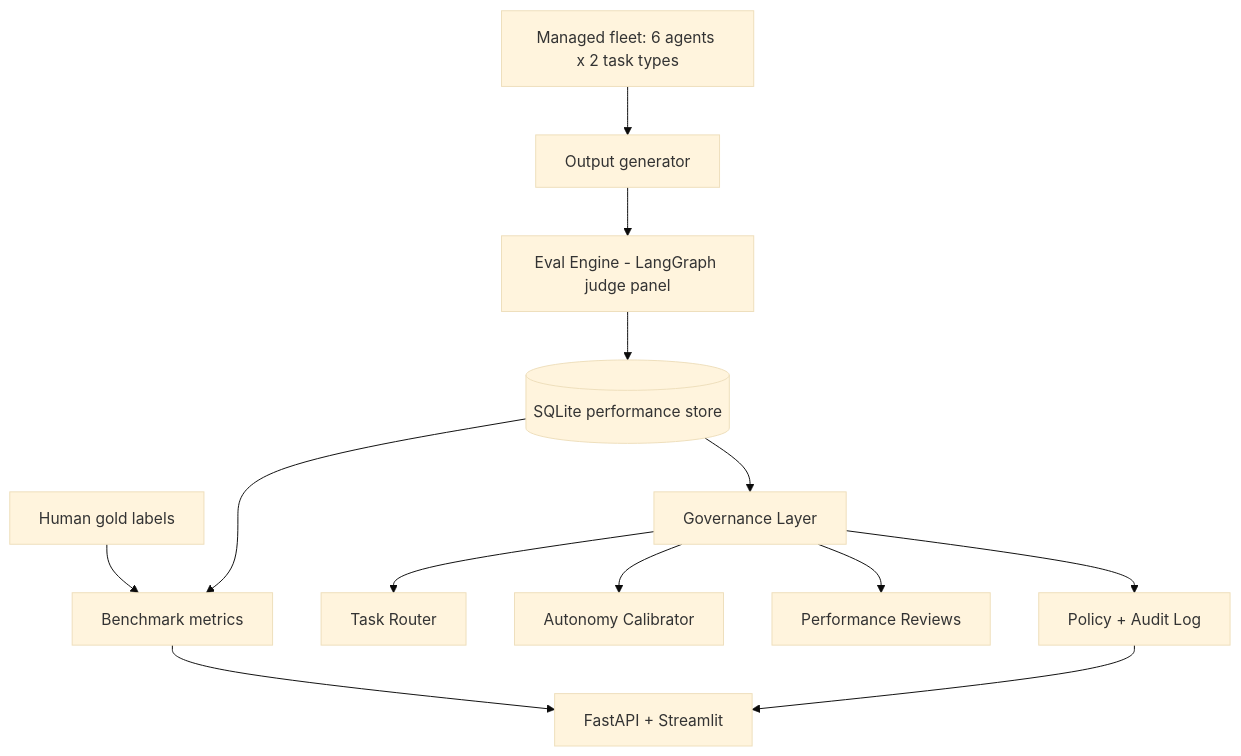
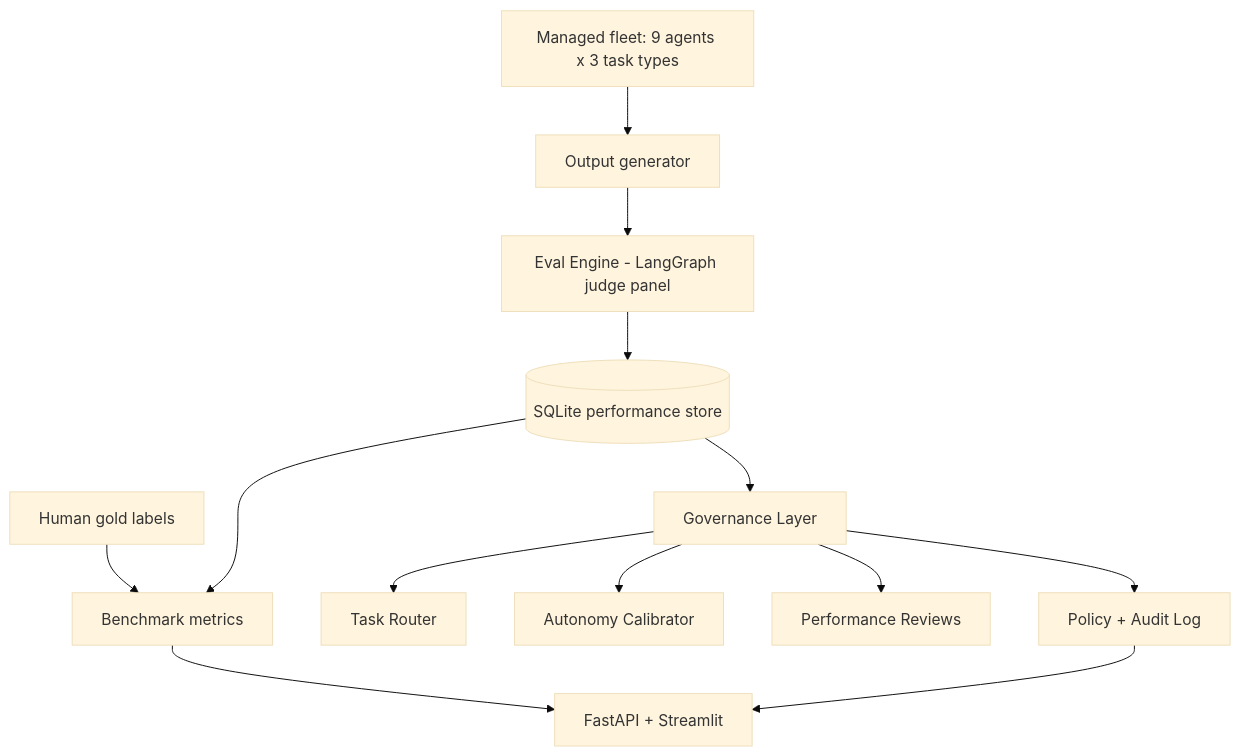
Before and after one commit to GaliDev/potential-train: the diagram in docs/milestone-01-foundation.md, drawn with Mermaid (base theme). The commit also changed other lines of this file and 16 other files, not shown here.

````diff
--- a/docs/milestone-01-foundation.md
+++ b/docs/milestone-01-foundation.md
@@ -72,15 +75,15 @@
 ```mermaid
 flowchart TD
-    Fleet["Managed fleet: 6 agents x 2 task types"] --> Gen[Output generator]
+    Fleet["Managed fleet: 9 agents x 3 task types"] --> Gen[Output generator]
     Gen --> Eval[Eval Engine - LangGraph judge panel]
     Eval --> Store[(SQLite performance store)]
     Gold["Human gold labels"] --> Bench[Benchmark metrics]
     Store --> Bench
     Store --> Gov[Governance Layer]
     Gov --> Router[Task Router]
     Gov --> Autonomy[Autonomy Calibrator]
     Gov --> Review[Performance Reviews]
     Gov --> Policy[Policy + Audit Log]
     Bench --> UI[FastAPI + Streamlit]
     Policy --> UI
 ```
````
